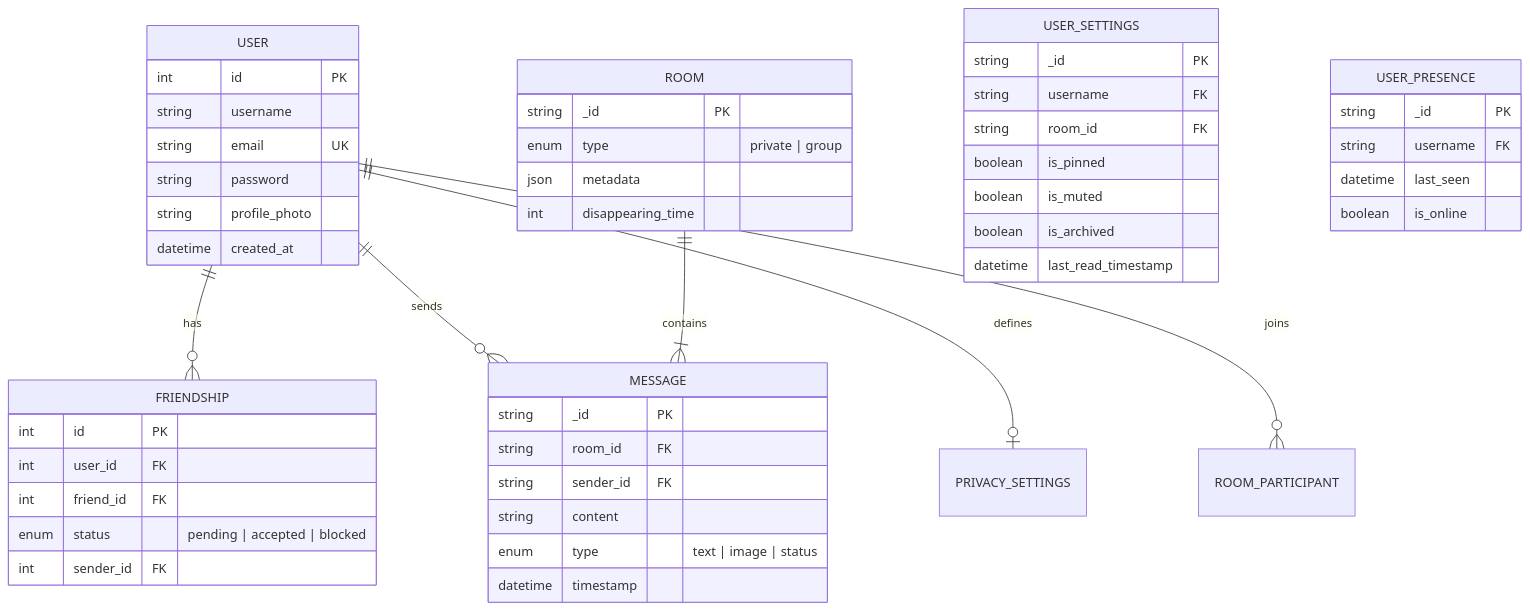
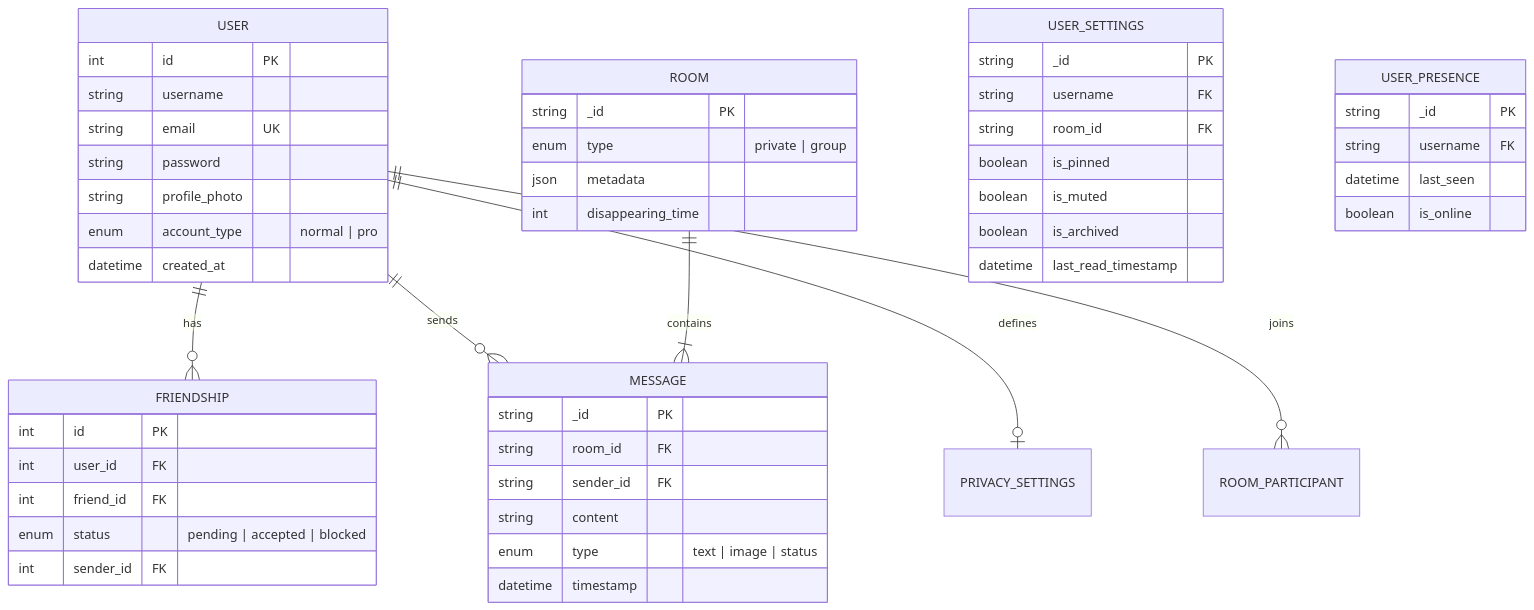
One commit to Narendrakaduru/pingora changed the third of 5 diagrams in ARCHITECTURE.md. Above: the diagram before and after it, drawn with Mermaid. The commit also changed other lines of this file and 21 other files, not shown here.

````diff
--- a/ARCHITECTURE.md
+++ b/ARCHITECTURE.md
@@ -70,58 +70,59 @@
 ```mermaid
 erDiagram
     USER ||--o{ FRIENDSHIP : "has"
     USER ||--o{ MESSAGE : "sends"
     USER ||--o| PRIVACY_SETTINGS : "defines"
     ROOM ||--|{ MESSAGE : "contains"
     USER ||--o{ ROOM_PARTICIPANT : "joins"
 
     USER {
         int id PK
         string username
         string email UK
         string password
         string profile_photo
+        enum account_type "normal | pro"
         datetime created_at
     }
 
     FRIENDSHIP {
         int id PK
         int user_id FK
         int friend_id FK
         enum status "pending | accepted | blocked"
         int sender_id FK
     }
 
     MESSAGE {
         string _id PK
         string room_id FK
         string sender_id FK
         string content
         enum type "text | image | status"
         datetime timestamp
     }
 
     ROOM {
         string _id PK
         enum type "private | group"
         json metadata
         int disappearing_time
     }
 
     USER_SETTINGS {
         string _id PK
         string username FK
         string room_id FK
         boolean is_pinned
         boolean is_muted
         boolean is_archived
         datetime last_read_timestamp
     }
 
     USER_PRESENCE {
         string _id PK
         string username FK
         datetime last_seen
         boolean is_online
     }
 ```
````
